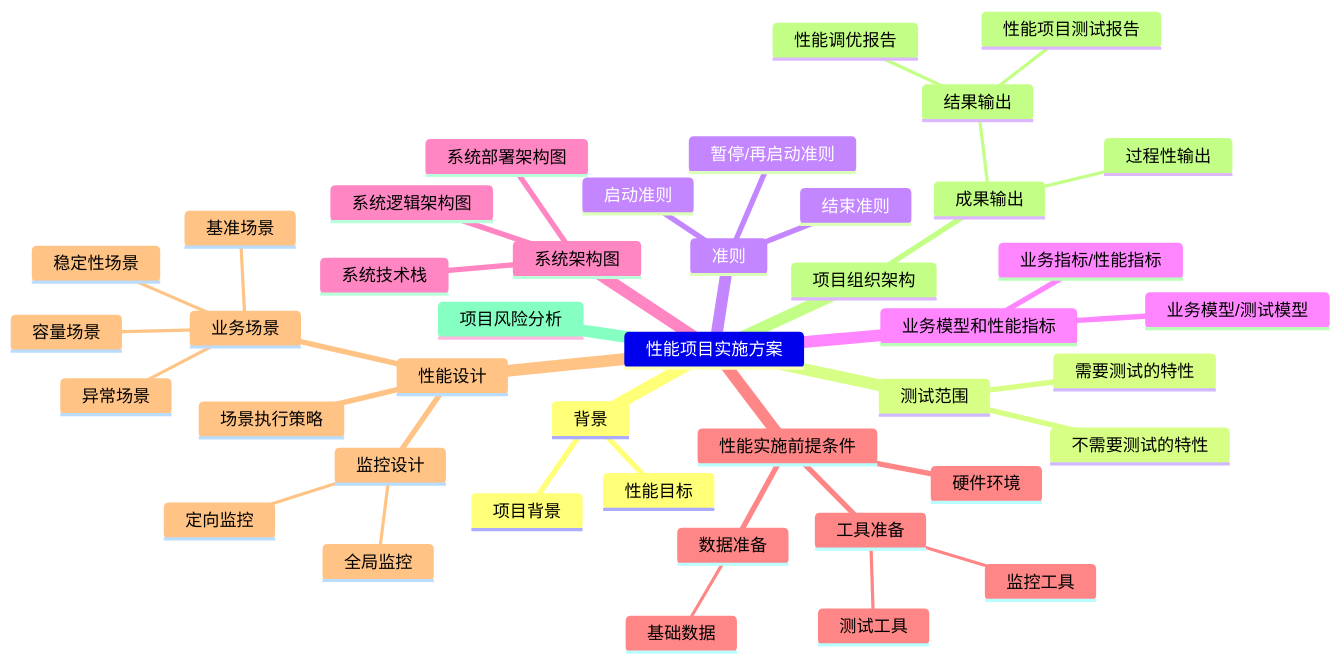
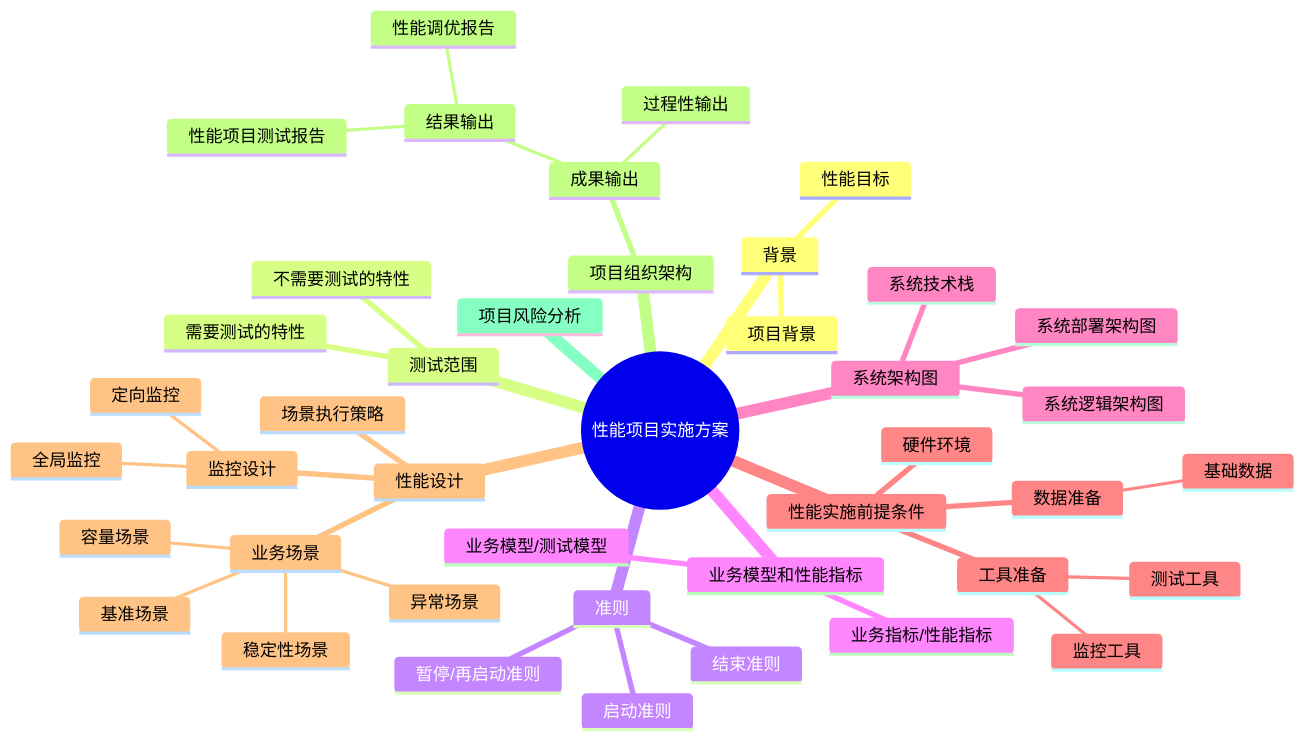
One commit to 0xcaffebabe/note changed the first of 4 diagrams in doc/软件工程/性能工程.md. Above: the diagram before and after it, drawn with Mermaid. The commit also changed 12 other files, not shown here.

First line of the commit message:
docs(mindmap): 统一思维导图根节点格式

````diff
--- a/doc/软件工程/性能工程.md
+++ b/doc/软件工程/性能工程.md
@@ -40,45 +40,45 @@
 ```mermaid
 mindmap
-  性能项目实施方案
+  root((性能项目实施方案))
     背景
       项目背景
       性能目标
     测试范围
       需要测试的特性
       不需要测试的特性
     准则
       启动准则
       结束准则
       暂停/再启动准则
     业务模型和性能指标
       业务模型/测试模型
       业务指标/性能指标
     系统架构图
       系统技术栈
       系统逻辑架构图
       系统部署架构图
     性能实施前提条件
       硬件环境
       工具准备
         测试工具
         监控工具
       数据准备
         基础数据
     性能设计
       场景执行策略
       业务场景
         基准场景
         容量场景
         稳定性场景
         异常场景
       监控设计
         全局监控
         定向监控
     项目组织架构
       成果输出
         过程性输出
         结果输出
           性能项目测试报告
           性能调优报告
     项目风险分析
 ```
````
